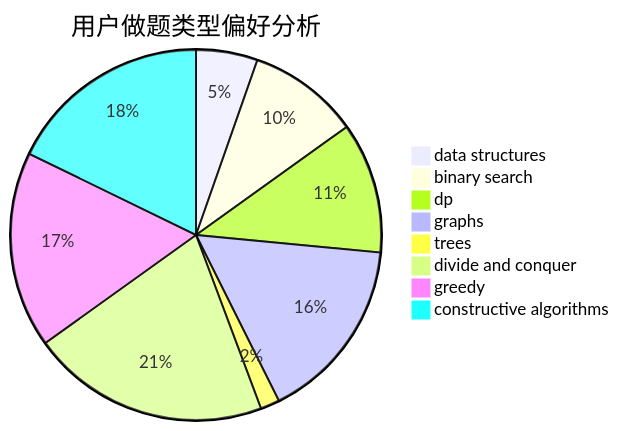
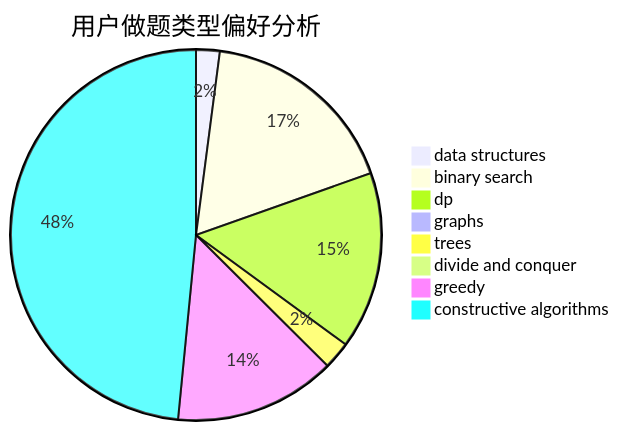
The second of 3 diagrams in docs/user/u89.md (sherpahu/cfrs.github.io), drawn with Mermaid before and after one commit. The commit also changed other lines of this file and 2770 other files, not shown here.

````diff
--- a/docs/user/u89.md
+++ b/docs/user/u89.md
@@ -23,11 +23,11 @@
 ```mermaid
 pie title 用户做题类型偏好分析
-    "data structures" :  16
-    "binary search" :  29
-    "dp" :  34
-    "graphs" :  48
-    "trees" :  5
-    "divide and conquer" :  62
-    "greedy" :  51
-    "constructive algorithms" :  53
+    "data structures" :  6
+    "binary search" :  51
+    "dp" :  45
+    "graphs" :  2
+    "trees" :  7
+    "divide and conquer" :  0
+    "greedy" :  41
+    "constructive algorithms" :  141
 ```
````
